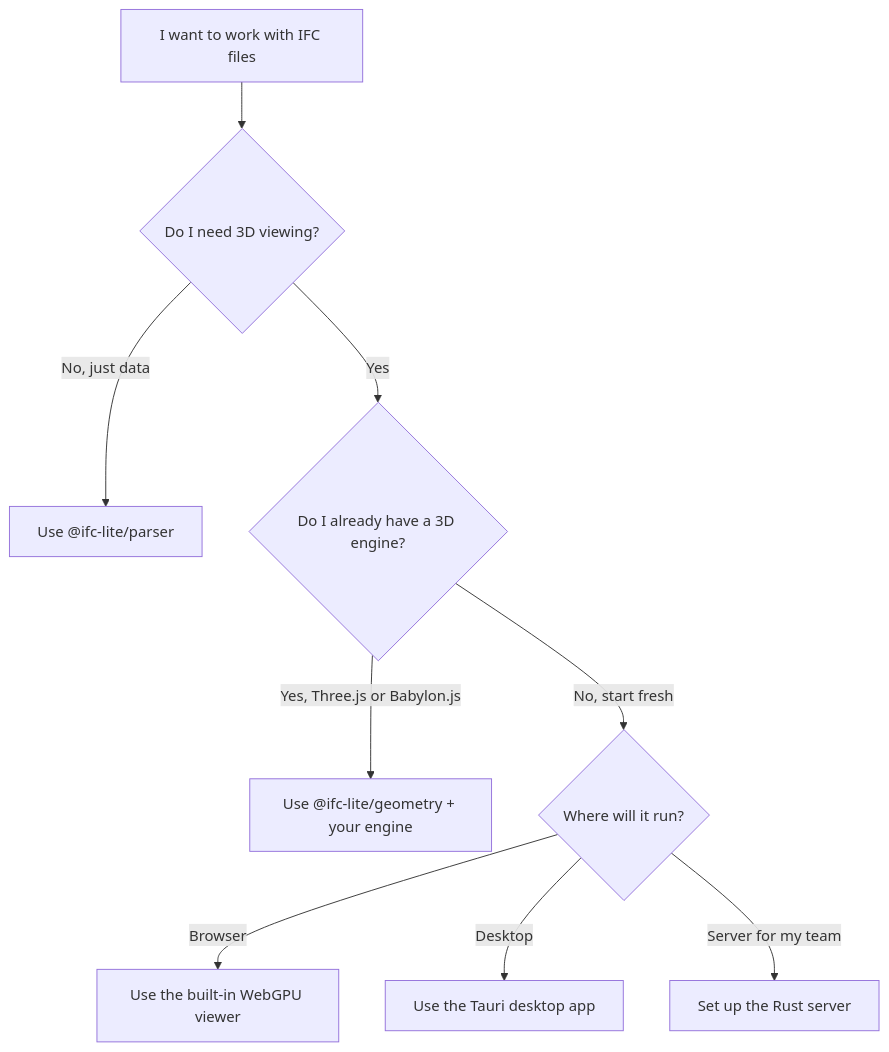
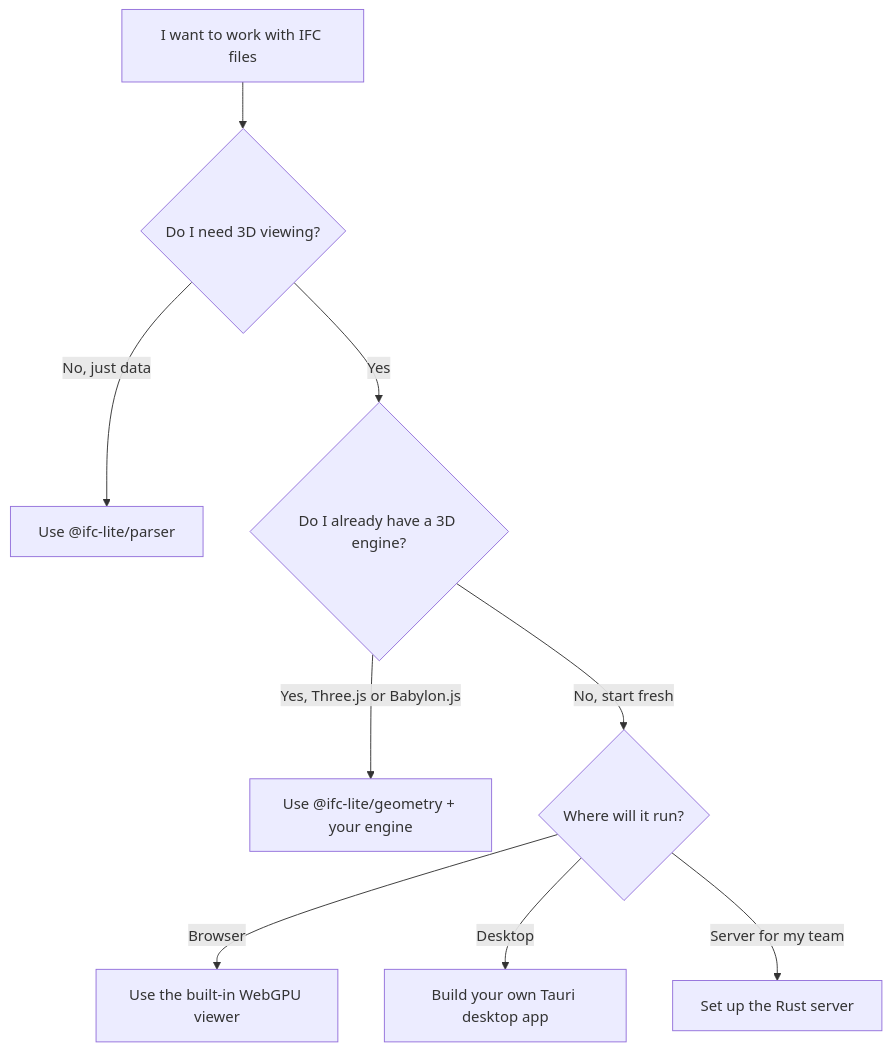
Before and after one commit to LTplus-AG/ifc-lite: the diagram in docs/index.md, drawn with Mermaid. The commit also changed other lines of this file and 186 other files, not shown here.

````diff
--- a/docs/index.md
+++ b/docs/index.md
@@ -68,11 +68,11 @@
 ```mermaid
 flowchart TD
     Start[I want to work with IFC files] --> Q1{Do I need 3D viewing?}
     Q1 -->|No, just data| Parser["Use @ifc-lite/parser"]
     Q1 -->|Yes| Q2{Do I already have a 3D engine?}
     Q2 -->|Yes, Three.js or Babylon.js| Integration[Use @ifc-lite/geometry + your engine]
     Q2 -->|No, start fresh| Q3{Where will it run?}
     Q3 -->|Browser| WebGPU["Use the built-in WebGPU viewer"]
-    Q3 -->|Desktop| Tauri["Use the Tauri desktop app"]
+    Q3 -->|Desktop| Tauri["Build your own Tauri desktop app"]
     Q3 -->|Server for my team| Server["Set up the Rust server"]
 ```
````
